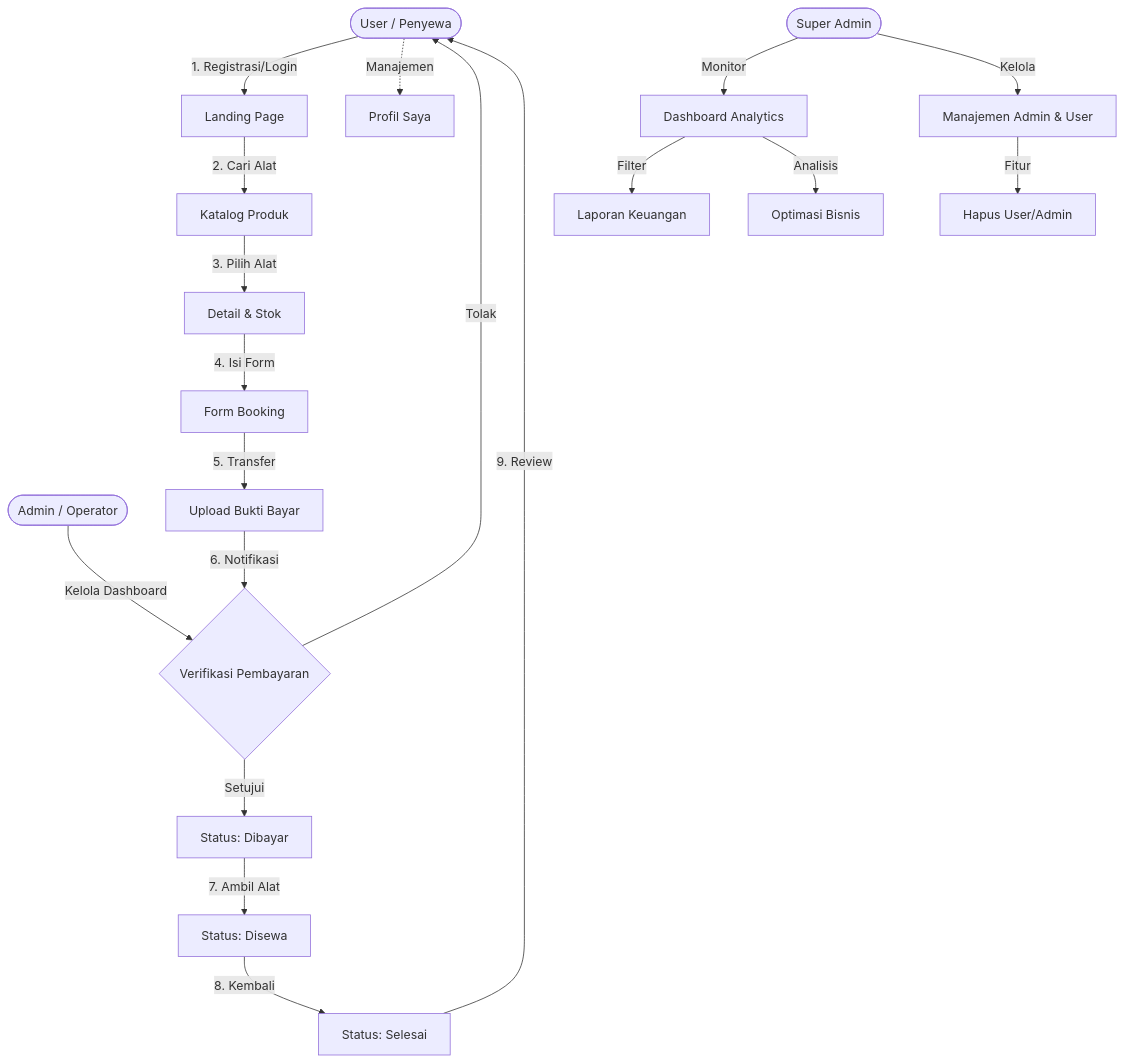
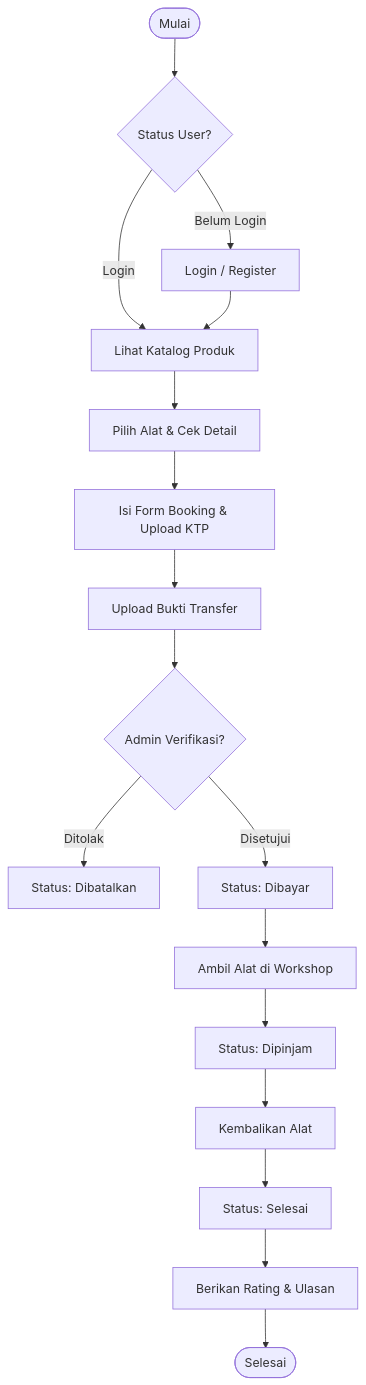
Before and after one commit to haidaralfff/rentcam-website: the first of 8 diagrams in docs.md, drawn with Mermaid. The commit also changed other lines of this file, not shown here.

````diff
--- a/docs.md
+++ b/docs.md
@@ -7,31 +10,22 @@
 ```mermaid
 graph TD
-    %% Roles
-    User([User / Penyewa])
-    Admin([Admin / Operator])
-    SAdmin([Super Admin])
-
-    %% User Flow
-    User -->|1. Registrasi/Login| Home[Landing Page]
-    Home -->|2. Cari Alat| Katalog[Katalog Produk]
-    Katalog -->|3. Pilih Alat| Detail[Detail & Stok]
-    Detail -->|4. Isi Form| Booking[Form Booking]
-    Booking -->|5. Transfer| Bayar[Upload Bukti Bayar]
-    User -.->|Manajemen| Profile[Profil Saya]
+    Start([Mulai]) --> Guest{Status User?}
+    Guest -- Belum Login --> Login[Login / Register]
+    Guest -- Login --> Katalog[Lihat Katalog Produk]
     
-    %% Admin Flow
-    Bayar -->|6. Notifikasi| A_Check{Verifikasi Pembayaran}
-    Admin -->|Kelola Dashboard| A_Check
-    A_Check -- Tolak --> User
-    A_Check -- Setujui --> Verified[Status: Dibayar]
-    Verified -->|7. Ambil Alat| InProgress[Status: Disewa]
-    InProgress -->|8. Kembali| Done[Status: Selesai]
-    Done -->|9. Review| User
-
-    %% Super Admin Flow
-    SAdmin -->|Monitor| Dash[Dashboard Analytics]
-    SAdmin -->|Kelola| Acc[Manajemen Admin & User]
-    Acc -->|Fitur| Delete[Hapus User/Admin]
-    Dash -->|Filter| Laporan[Laporan Keuangan]
-    Dash -->|Analisis| Optimization[Optimasi Bisnis]
+    Login --> Katalog
+    Katalog --> Detail[Pilih Alat & Cek Detail]
+    Detail --> Form[Isi Form Booking & Upload KTP]
+    Form --> Bayar[Upload Bukti Transfer]
+    
+    Bayar --> Admin{Admin Verifikasi?}
+    Admin -- Ditolak --> Batal[Status: Dibatalkan]
+    Admin -- Disetujui --> Confirmed[Status: Dibayar]
+    
+    Confirmed --> Ambil[Ambil Alat di Workshop]
+    Ambil --> Disewa[Status: Dipinjam]
+    Disewa --> Kembali[Kembalikan Alat]
+    Kembali --> Selesai[Status: Selesai]
+    Selesai --> Review[Berikan Rating & Ulasan]
+    Review --> End([Selesai])
 ```
````
